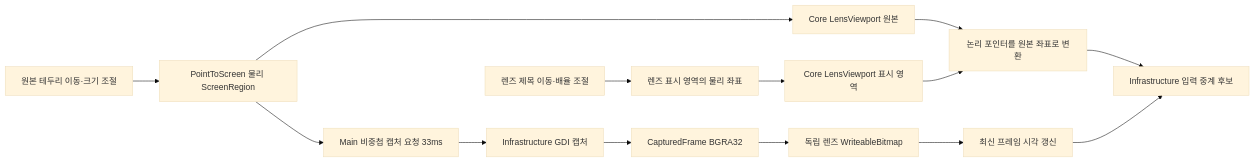
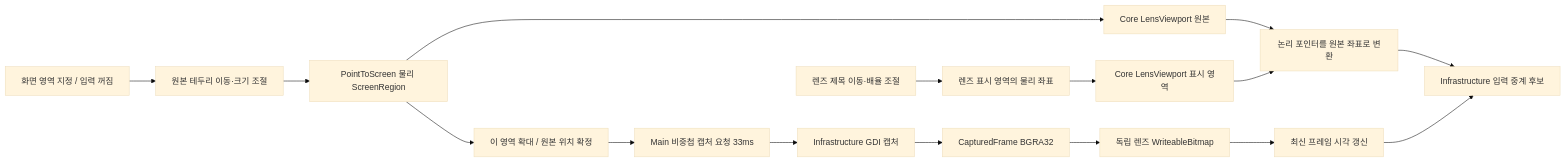
One commit to ai-blink/pinte changed the diagram in docs/diagrams/capture-flow.md. Above: the diagram before and after it, drawn with Mermaid (base theme). The commit also changed other lines of this file and 18 other files, not shown here.

````diff
--- a/docs/diagrams/capture-flow.md
+++ b/docs/diagrams/capture-flow.md
@@ -3,16 +3,18 @@
 ```mermaid
 flowchart LR
+    S[화면 영역 지정 / 입력 꺼짐] --> A
     A[원본 테두리 이동·크기 조절] --> B[PointToScreen 물리 ScreenRegion]
-    B --> C[Main 비중첩 캡처 요청 33ms]
+    B --> Q[이 영역 확대 / 원본 위치 확정]
+    Q --> C[Main 비중첩 캡처 요청 33ms]
     C --> D[Infrastructure GDI 캡처]
     D --> E[CapturedFrame BGRA32]
     E --> F[독립 렌즈 WriteableBitmap]
     G[렌즈 제목 이동·배율 조절] --> H[렌즈 표시 영역의 물리 좌표]
     B --> I[Core LensViewport 원본]
     H --> J[Core LensViewport 표시 영역]
     I --> K[논리 포인터를 원본 좌표로 변환]
     J --> K
     K --> L[Infrastructure 입력 중계 후보]
     F --> M[최신 프레임 시각 갱신]
     M --> L
 ```
````
